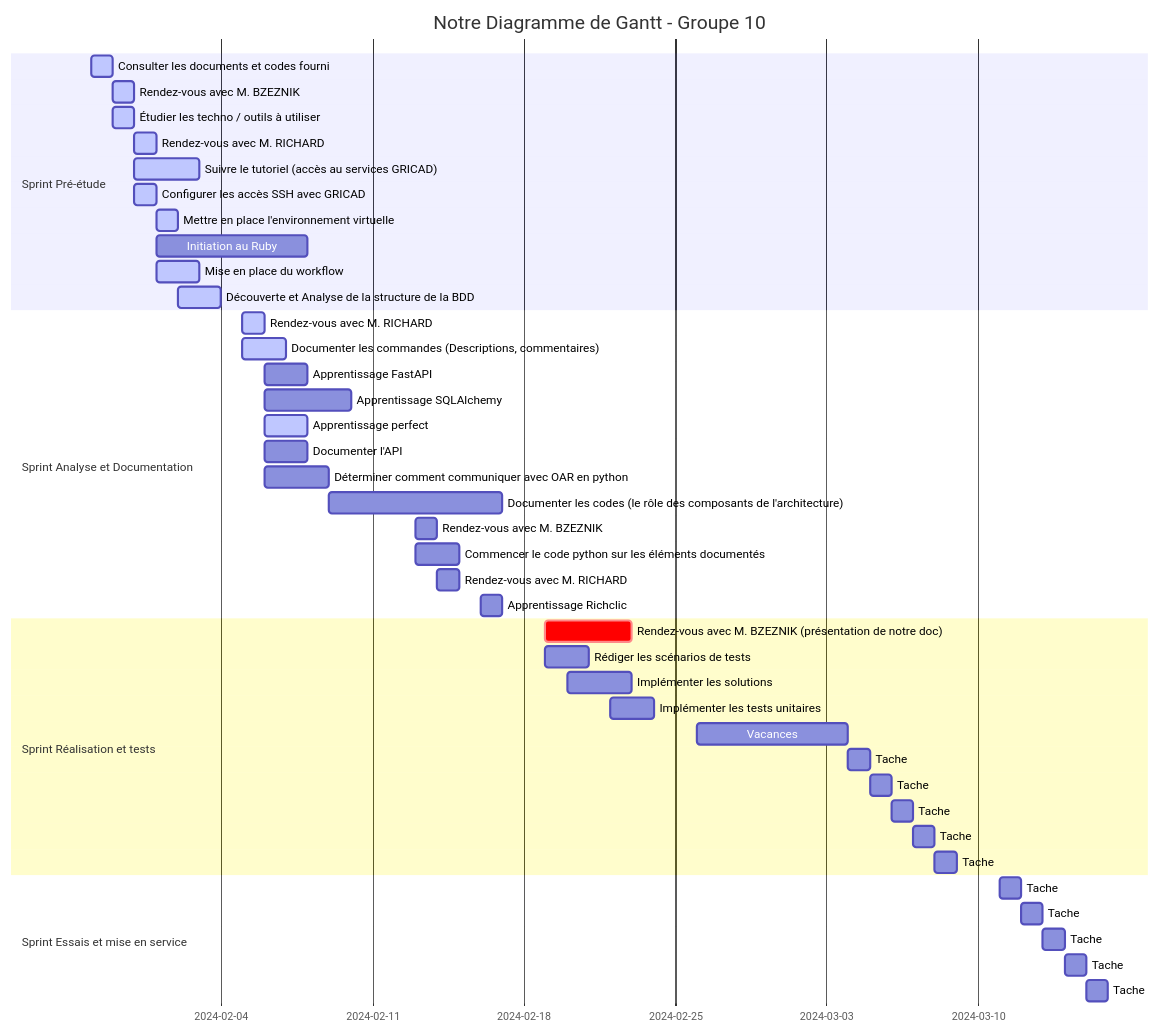
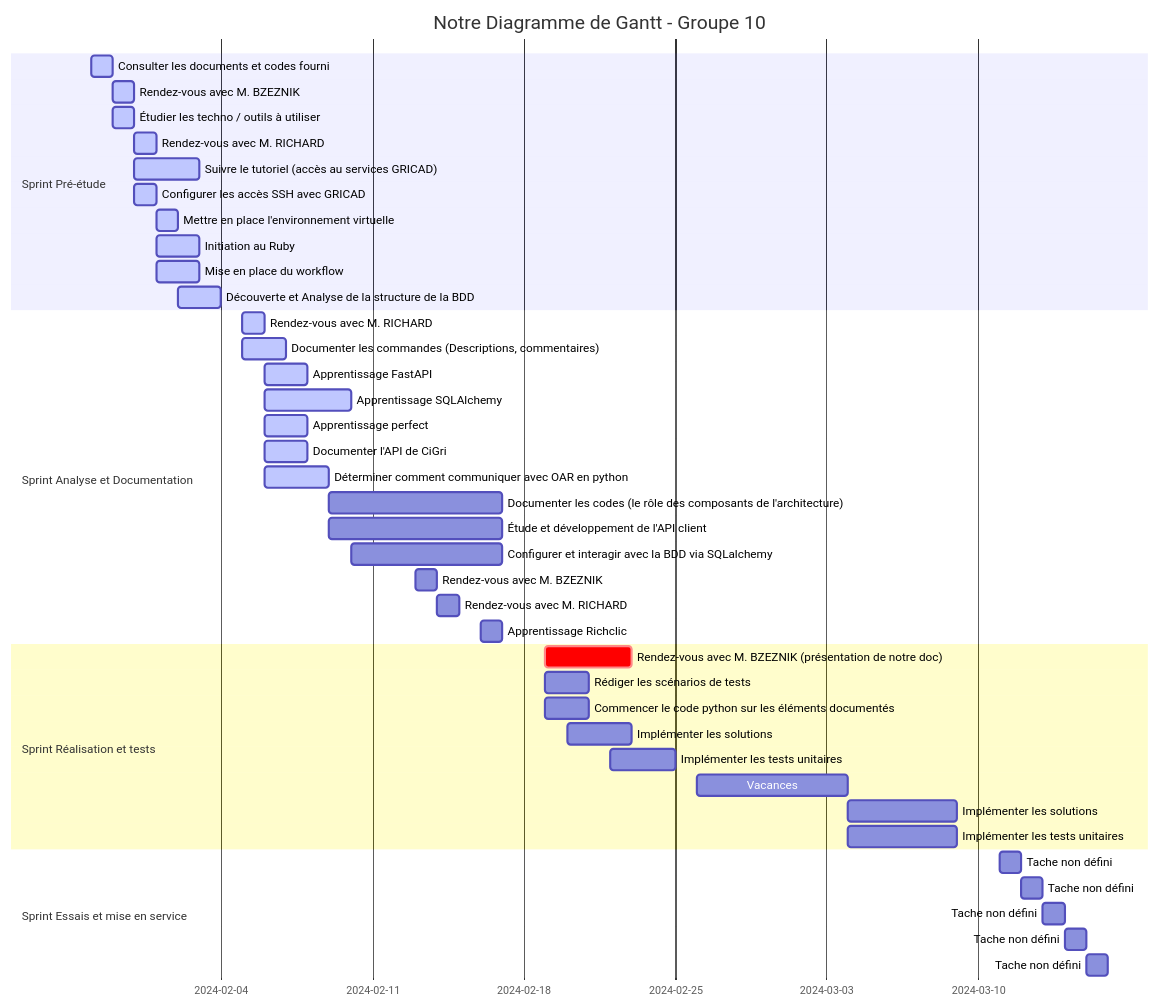
One commit to 2023-2024-PROJET-S10-G10/docs changed the diagram in gantt_diagram.md. Above: the diagram before and after it, drawn with Mermaid. The commit also changed 2 other files, not shown here.

Commit message:
updated logbook, gantt and daily

````diff
--- a/gantt_diagram.md
+++ b/gantt_diagram.md
@@ -1,46 +1,45 @@
 ```mermaid
 gantt
     title Notre Diagramme de Gantt - Groupe 10
     dateFormat YYYY-MM-DD
     section Sprint Pré-étude
         Consulter les documents et codes fourni                         :active, 2024-01-29, 1d
         Rendez-vous avec M. BZEZNIK                                     :active, 2024-01-30, 1d
         Étudier les techno / outils à utiliser                          :active, 2024-01-30, 1d
         Rendez-vous avec M. RICHARD                                     :active, 2024-01-31, 1d
         Suivre le tutoriel (accès au services GRICAD)                   :active, 2024-01-31, 3d
         Configurer les accès SSH avec GRICAD                            :active, 2024-01-31, 1d
         Mettre en place l'environnement virtuelle                       :active, 2024-02-01, 1d
-        Initiation au Ruby                                              : 2024-02-01, 7d
+        Initiation au Ruby                                              :active, 2024-02-01, 2d
         Mise en place du workflow                                       :active, 2024-02-01, 2d
         Découverte et Analyse de la structure de la BDD                 :active, 2024-02-02, 2d
     section Sprint Analyse et Documentation
         Rendez-vous avec M. RICHARD                                     :active, 2024-02-05, 1d
         Documenter les commandes (Descriptions, commentaires)           :active, 2024-02-05, 2d
-        Apprentissage FastAPI                                           : 2024-02-06, 2d
-        Apprentissage SQLAlchemy                                        : 2024-02-06, 4d
+        Apprentissage FastAPI                                           :active, 2024-02-06, 2d
+        Apprentissage SQLAlchemy                                        :active, 2024-02-06, 4d
         Apprentissage perfect                                           :active, 2024-02-06, 2d
-        Documenter l'API                                                : 2024-02-06, 2d
-        Déterminer comment communiquer avec OAR en python               : 2024-02-06, 3d
+        Documenter l'API de CiGri                                       :active, 2024-02-06, 2d
+        Déterminer comment communiquer avec OAR en python               :active, 2024-02-06, 3d
         Documenter les codes (le rôle des composants de l'architecture) : 2024-02-09, 8d
+        Étude et développement de l'API client                          : 2024-02-09, 8d
+        Configurer et interagir avec la BDD via SQLalchemy              : 2024-02-10, 7d
         Rendez-vous avec M. BZEZNIK                                     : 2024-02-13, 1d
-        Commencer le code python sur les éléments documentés            : 2024-02-13, 2d
         Rendez-vous avec M. RICHARD                                     : 2024-02-14, 1d
         Apprentissage Richclic                                          : 2024-02-16, 1d
     section Sprint Réalisation et tests
         Rendez-vous avec M. BZEZNIK (présentation de notre doc)         :crit, 2024-02-19, 4d
         Rédiger les scénarios de tests                                  : 2024-02-19, 2d
+        Commencer le code python sur les éléments documentés            : 2024-02-19, 2d
         Implémenter les solutions                                       : 2024-02-20, 3d
-        Implémenter les tests unitaires                                 : 2024-02-22, 2d
+        Implémenter les tests unitaires                                 : 2024-02-22, 3d
         Vacances                                                        : 2024-02-26, 7d
-        Tache                        : 2024-03-04, 1d
-        Tache                        : 2024-03-05, 1d
-        Tache                        : 2024-03-06, 1d
-        Tache                        : 2024-03-07, 1d
-        Tache                        : 2024-03-08, 1d
+        Implémenter les solutions                                       : 2024-03-04, 5d
+        Implémenter les tests unitaires                                 : 2024-03-04, 5d
     section Sprint Essais et mise en service
-        Tache                        : 2024-03-11, 1d
-        Tache                        : 2024-03-12, 1d
-        Tache                        : 2024-03-13, 1d
-        Tache                        : 2024-03-14, 1d
-        Tache                        : 2024-03-15, 1d
+        Tache non défini                        : 2024-03-11, 1d
+        Tache non défini                        : 2024-03-12, 1d
+        Tache non défini                        : 2024-03-13, 1d
+        Tache non défini                        : 2024-03-14, 1d
+        Tache non défini                        : 2024-03-15, 1d
 ```
````
